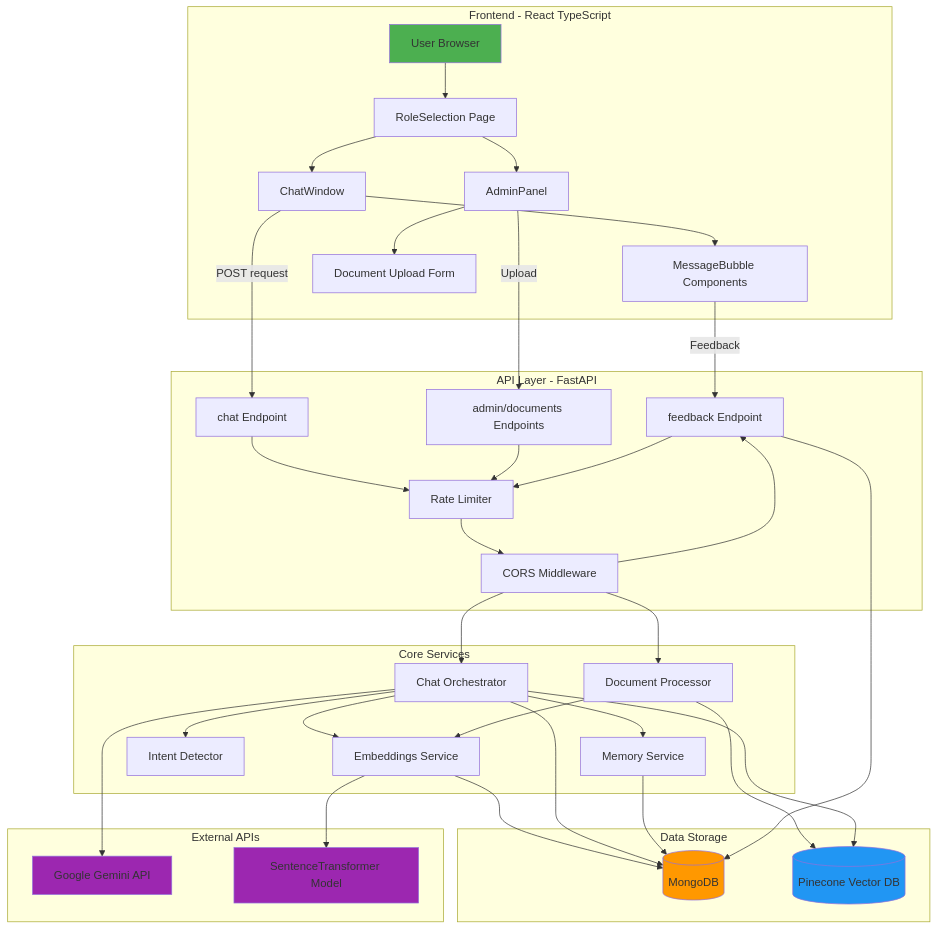
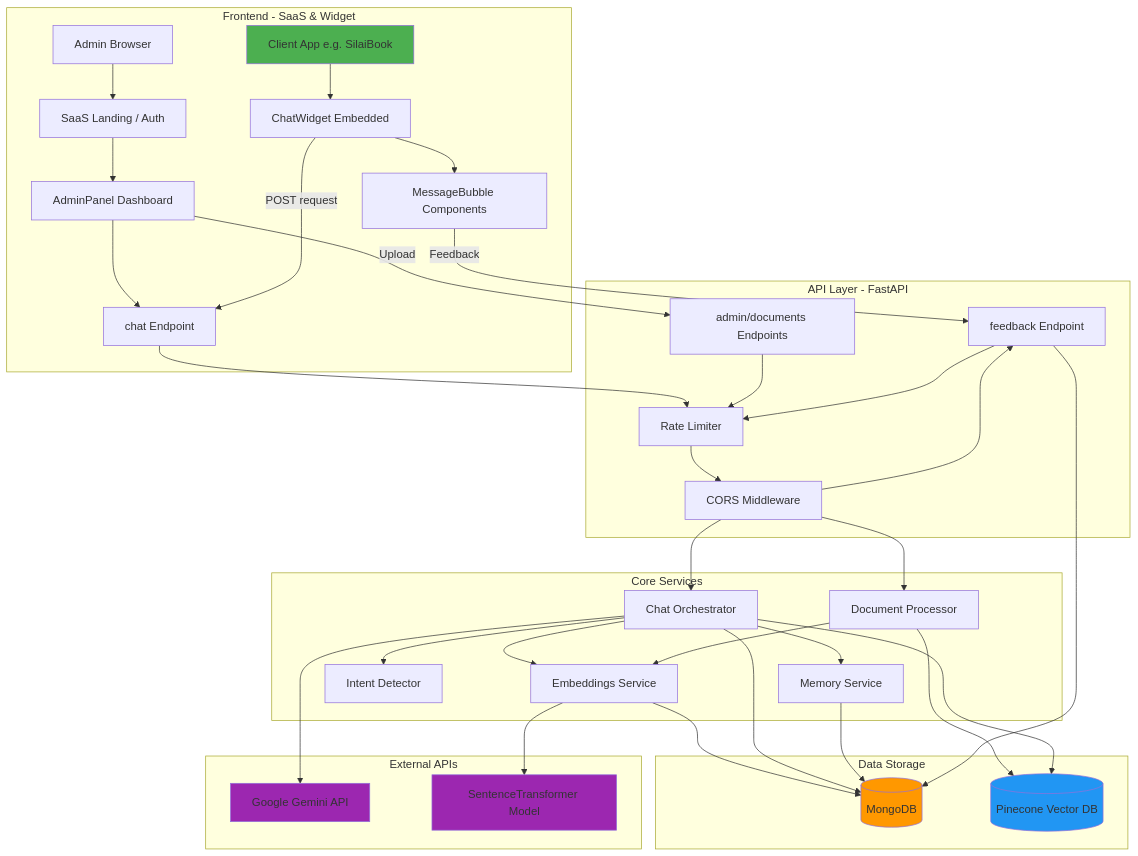
The first of 18 diagrams in project_workflow.md (ShantanuV2709/CORPWISE), drawn with Mermaid before and after one commit. The commit also changed other lines of this file and 7 other files, not shown here.

Commit message:
New Test Retrieval section for admin panel

````diff
--- a/project_workflow.md
+++ b/project_workflow.md
@@ -9,71 +9,72 @@
 ```mermaid
 graph TB
-    subgraph "Frontend - React TypeScript"
-        A[User Browser] --> B[RoleSelection Page]
-        B --> C[ChatWindow]
-        B --> D[AdminPanel]
-        C --> E[MessageBubble Components]
-        D --> F[Document Upload Form]
+    subgraph "Frontend - SaaS & Widget"
+        A[Client App e.g. SilaiBook] --> B[ChatWidget Embedded]
+        B --> C[MessageBubble Components]
+        
+        D[Admin Browser] --> E[SaaS Landing / Auth]
+        E --> F[AdminPanel Dashboard]
+        F --> G[Document Upload Form]
     end
     
     subgraph "API Layer - FastAPI"
         G[chat Endpoint]
         H[admin/documents Endpoints]
         I[feedback Endpoint]
         J[Rate Limiter]
         K[CORS Middleware]
     end
     
     subgraph "Core Services"
         L[Chat Orchestrator]
         M[Document Processor]
         N[Embeddings Service]
         O[Intent Detector]
         P[Memory Service]
     end
     
     subgraph "Data Storage"
         Q[(MongoDB)]
         R[(Pinecone Vector DB)]
     end
     
     subgraph "External APIs"
         S[Google Gemini API]
         T[SentenceTransformer Model]
     end
     
-    C -->|POST request| G
-    D -->|Upload| H
-    E -->|Feedback| I
+    B -->|POST request| G
+    F -->|Upload| H
+    C -->|Feedback| I
     
     G --> J
     H --> J
     I --> J
     J --> K
     
     K --> L
     K --> M
     K --> I
     
     L --> O
     L --> P
     L --> N
     L --> S
     
     M --> N
     M --> R
     
     N --> T
     N --> Q
     
     L --> R
     L --> Q
     P --> Q
     I --> Q
     
     style A fill:#4CAF50
     style Q fill:#FF9800
     style R fill:#2196F3
     style S fill:#9C27B0
     style T fill:#9C27B0
 ```
````
